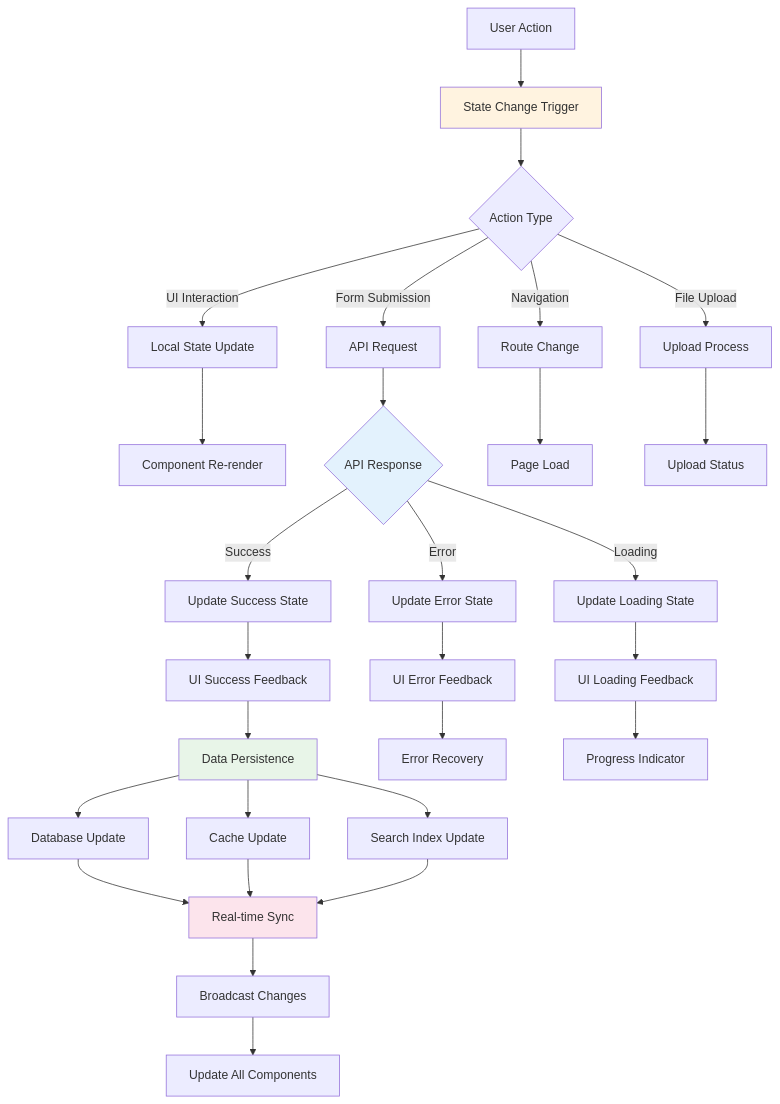
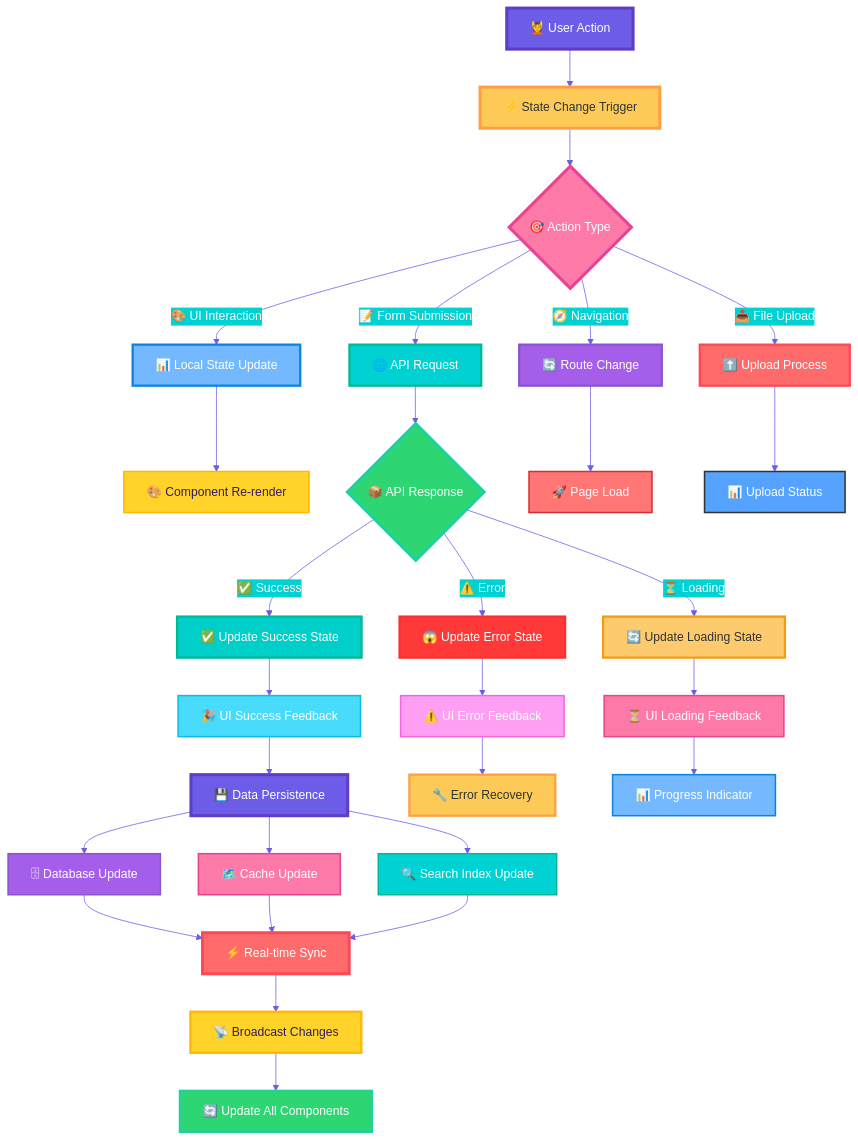
Before and after one commit to shihabsararrafid/budget-travel: the eighth of 15 diagrams in budget-travel/MERMAID_UI_UX_FLOWS.md, drawn with Mermaid. The commit also changed other lines of this file, not shown here.

Commit message:
Implement feature X to enhance user experience and fix bug Y in module Z

````diff
--- a/budget-travel/MERMAID_UI_UX_FLOWS.md
+++ b/budget-travel/MERMAID_UI_UX_FLOWS.md
@@ -302,43 +472,73 @@
 ```mermaid
+%%{init: {'theme':'base', 'themeVariables': { 'primaryColor': '#fd79a8', 'primaryTextColor': '#fff', 'primaryBorderColor': '#e84393', 'lineColor': '#6c5ce7', 'secondaryColor': '#00d2d3', 'tertiaryColor': '#feca57'}}}%%
 flowchart TD
-    A[User Action] --> B[State Change Trigger]
-    B --> C{Action Type}
+    A["💆 User Action"] --> B["⚡ State Change Trigger"]
+    B --> C{"🎯 Action Type"}
     
-    C -->|UI Interaction| D[Local State Update]
-    C -->|Form Submission| E[API Request]
-    C -->|Navigation| F[Route Change]
-    C -->|File Upload| G[Upload Process]
+    C -->|"🎨 UI Interaction"| D["📊 Local State Update"]
+    C -->|"📝 Form Submission"| E["🌐 API Request"]
+    C -->|"🧭 Navigation"| F["🔄 Route Change"]
+    C -->|"📤 File Upload"| G["⬆️ Upload Process"]
     
-    D --> H[Component Re-render]
-    E --> I{API Response}
-    F --> J[Page Load]
-    G --> K[Upload Status]
+    D --> H["🎨 Component Re-render"]
+    E --> I{"📦 API Response"}
+    F --> J["🚀 Page Load"]
+    G --> K["📊 Upload Status"]
     
-    I -->|Success| L[Update Success State]
-    I -->|Error| M[Update Error State]
-    I -->|Loading| N[Update Loading State]
+    I -->|"✅ Success"| L["✅ Update Success State"]
+    I -->|"⚠️ Error"| M["😱 Update Error State"]
+    I -->|"⏳ Loading"| N["🔄 Update Loading State"]
     
-    L --> O[UI Success Feedback]
-    M --> P[UI Error Feedback]
-    N --> Q[UI Loading Feedback]
+    L --> O["🎉 UI Success Feedback"]
+    M --> P["⚠️ UI Error Feedback"]
+    N --> Q["⏳ UI Loading Feedback"]
     
-    O --> R[Data Persistence]
-    P --> S[Error Recovery]
-    Q --> T[Progress Indicator]
+    O --> R["💾 Data Persistence"]
+    P --> S["🔧 Error Recovery"]
+    Q --> T["📊 Progress Indicator"]
     
-    R --> U[Database Update]
-    R --> V[Cache Update]
-    R --> W[Search Index Update]
+    R --> U["🗄 Database Update"]
+    R --> V["🗺️ Cache Update"]
+    R --> W["🔍 Search Index Update"]
     
-    U --> X[Real-time Sync]
+    U --> X["⚡ Real-time Sync"]
     V --> X
     W --> X
     
-    X --> Y[Broadcast Changes]
-    Y --> Z[Update All Components]
+    X --> Y["📡 Broadcast Changes"]
+    Y --> Z["🔄 Update All Components"]
     
-    style B fill:#fff3e0
-    style I fill:#e3f2fd
-    style R fill:#e8f5e8
-    style X fill:#fce4ec
+    style A fill:#6c5ce7,stroke:#5f3dc4,stroke-width:4px,color:#fff
+    style B fill:#feca57,stroke:#ff9f43,stroke-width:4px,color:#2d3436
+    style C fill:#fd79a8,stroke:#e84393,stroke-width:4px,color:#fff
+    
+    style D fill:#74b9ff,stroke:#0984e3,stroke-width:3px,color:#fff
+    style E fill:#00d2d3,stroke:#00b894,stroke-width:3px,color:#fff
+    style F fill:#a55eea,stroke:#8854d0,stroke-width:3px,color:#fff
+    style G fill:#ff6b6b,stroke:#ff4757,stroke-width:3px,color:#fff
+    
+    style H fill:#ffd32a,stroke:#ffb700,stroke-width:2px,color:#2f1b69
+    style I fill:#2ed573,stroke:#1dd1a1,stroke-width:4px,color:#fff
+    style J fill:#ff7675,stroke:#d63031,stroke-width:2px,color:#fff
+    style K fill:#55a3ff,stroke:#2d3436,stroke-width:2px,color:#fff
+    
+    style L fill:#00cec9,stroke:#00b894,stroke-width:3px,color:#fff
+    style M fill:#ff3838,stroke:#ff2d2d,stroke-width:3px,color:#fff
+    style N fill:#fdcb6e,stroke:#f39c12,stroke-width:3px,color:#2d3436
+    
+    style O fill:#48dbfb,stroke:#0abde3,stroke-width:2px,color:#fff
+    style P fill:#ff9ff3,stroke:#f368e0,stroke-width:2px,color:#fff
+    style Q fill:#fd79a8,stroke:#e84393,stroke-width:2px,color:#fff
+    
+    style R fill:#6c5ce7,stroke:#5f3dc4,stroke-width:4px,color:#fff
+    style S fill:#feca57,stroke:#ff9f43,stroke-width:3px,color:#2d3436
+    style T fill:#74b9ff,stroke:#0984e3,stroke-width:2px,color:#fff
+    
+    style U fill:#a55eea,stroke:#8854d0,stroke-width:2px,color:#fff
+    style V fill:#fd79a8,stroke:#e84393,stroke-width:2px,color:#fff
+    style W fill:#00d2d3,stroke:#00b894,stroke-width:2px,color:#fff
+    
+    style X fill:#ff6b6b,stroke:#ff4757,stroke-width:4px,color:#fff
+    style Y fill:#ffd32a,stroke:#ffb700,stroke-width:3px,color:#2f1b69
+    style Z fill:#2ed573,stroke:#1dd1a1,stroke-width:3px,color:#fff
 ```
````
